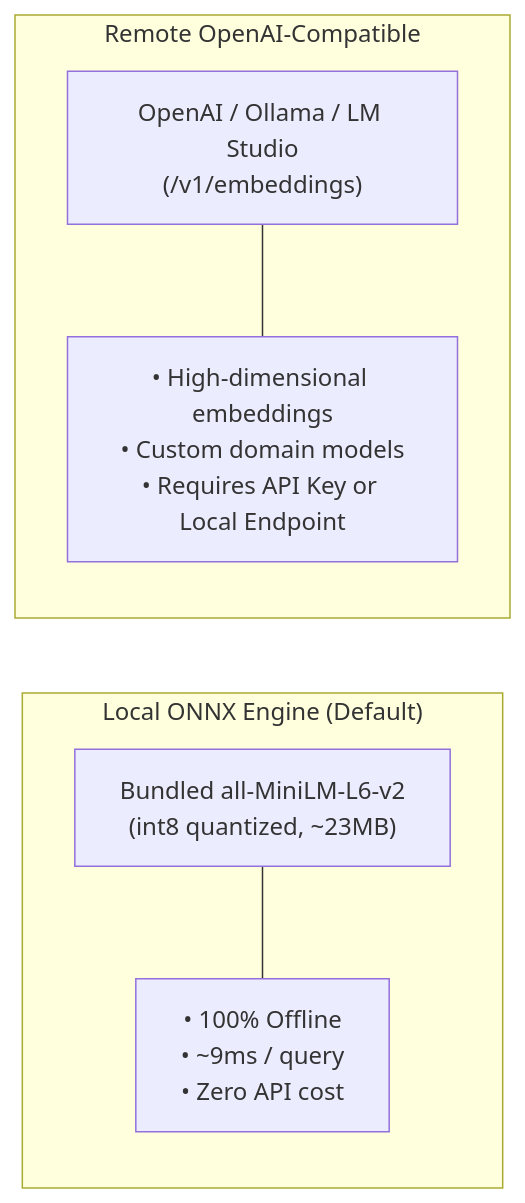
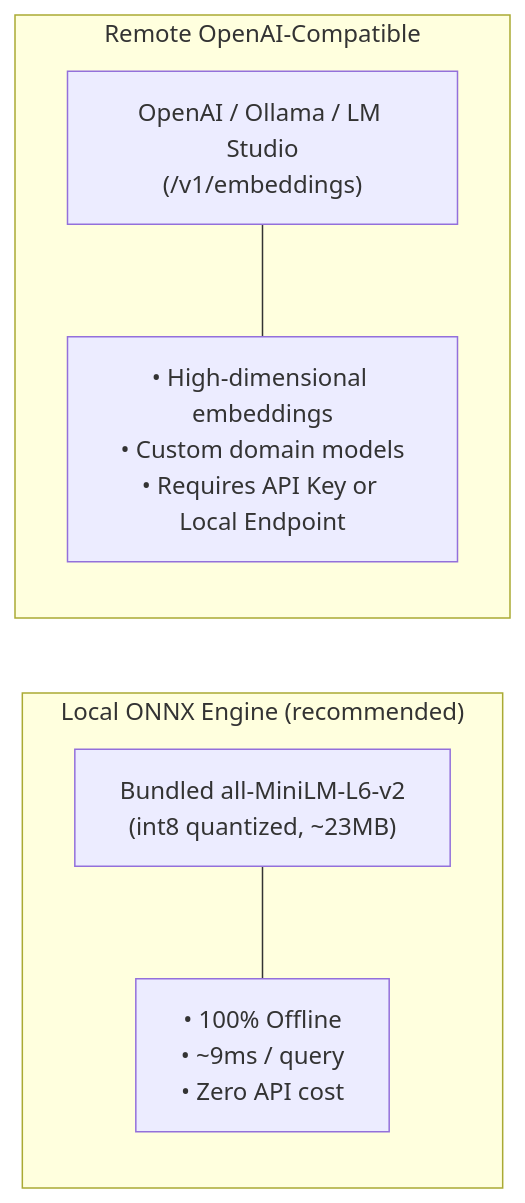
One commit to Arasz/ai-raccoon changed the first of 2 diagrams in docs/how-to/configure-embedding-engines.md. Above: the diagram before and after it, drawn with Mermaid. The commit also changed other lines of this file, not shown here.

Commit message:
docs: label the local engine recommended, not the default

````diff
--- a/docs/how-to/configure-embedding-engines.md
+++ b/docs/how-to/configure-embedding-engines.md
@@ -15,15 +15,15 @@
 ```mermaid
 graph LR
-    subgraph Local ["Local ONNX Engine (Default)"]
+    subgraph Local ["Local ONNX Engine (recommended)"]
         ONNX["Bundled all-MiniLM-L6-v2\n(int8 quantized, ~23MB)"]
         L_Prop["• 100% Offline\n• ~9ms / query\n• Zero API cost"]
     end
     
     subgraph Remote ["Remote OpenAI-Compatible"]
         OpenAI["OpenAI / Ollama / LM Studio\n(/v1/embeddings)"]
         R_Prop["• High-dimensional embeddings\n• Custom domain models\n• Requires API Key or Local Endpoint"]
     end
     
     ONNX --- L_Prop
     OpenAI --- R_Prop
 ```
````
